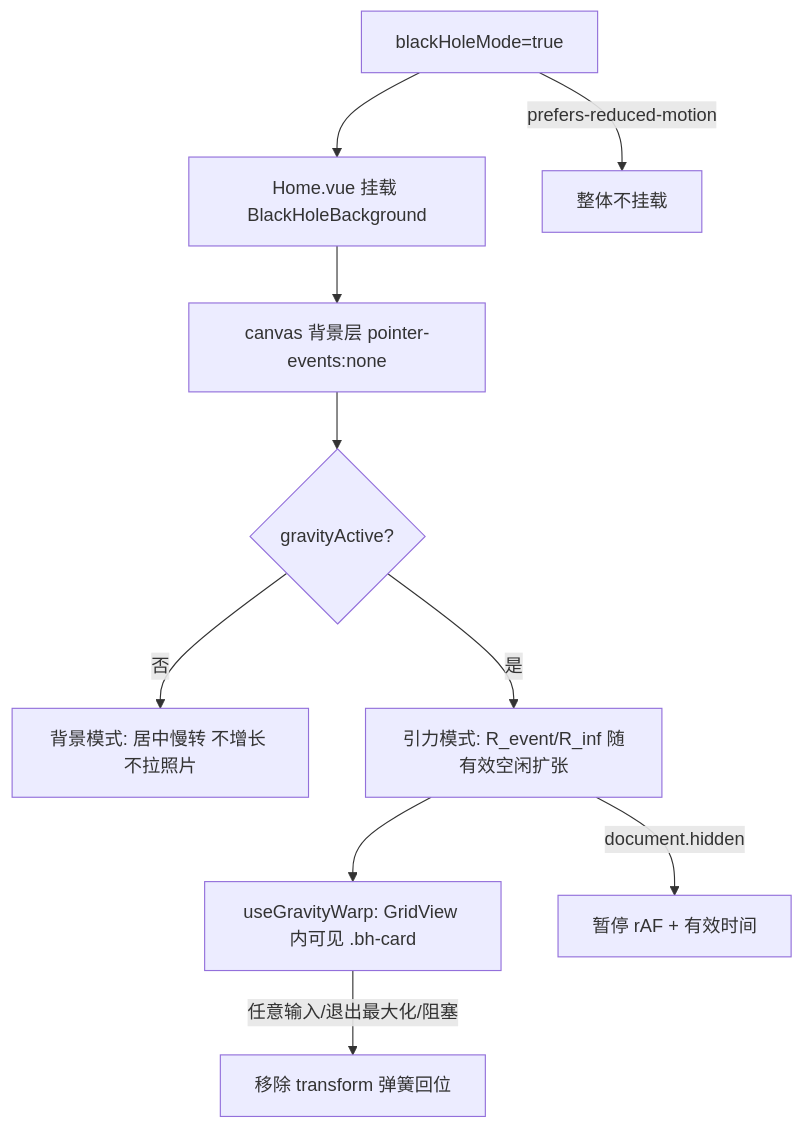
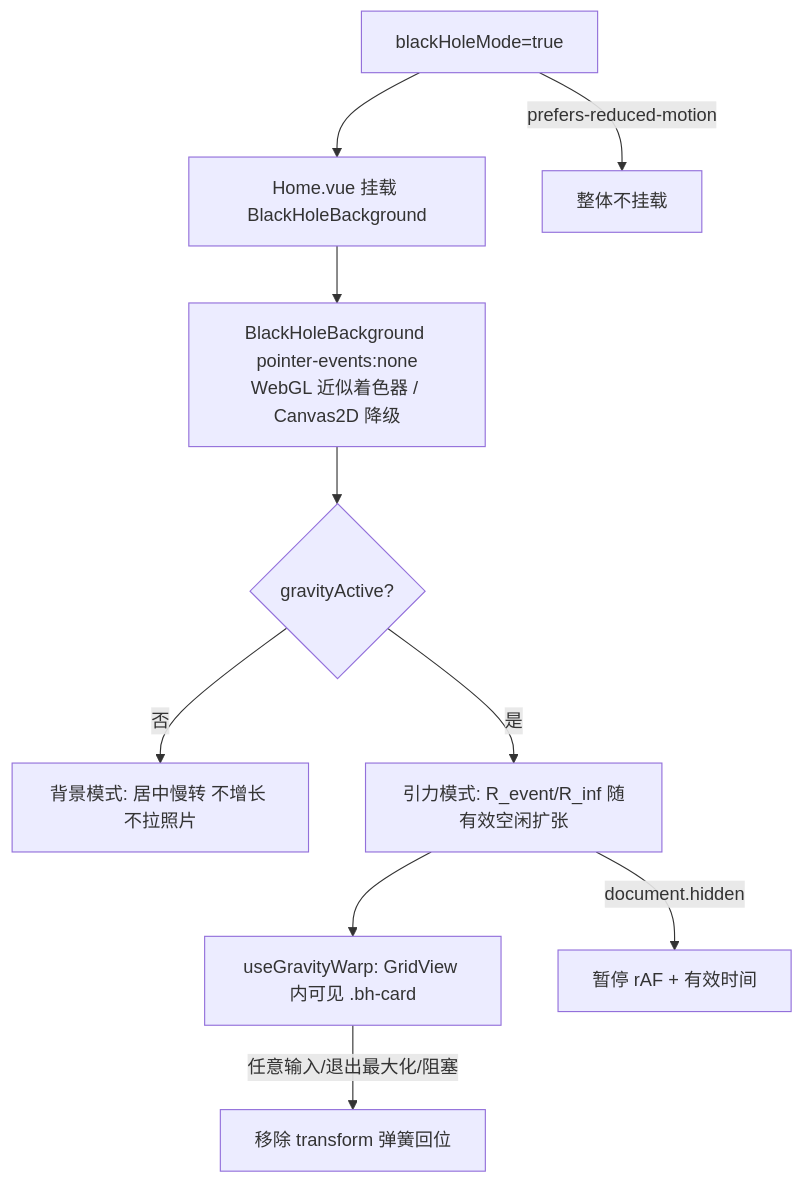
Before and after one commit to big2cater/picaipic: the diagram in docs/guide/black-hole-idle-theme-design.md, drawn with Mermaid. The commit also changed other lines of this file, not shown here.

Commit message:
docs(black-hole): adopt WebGL analytical shader + Canvas2D fallback

````diff
--- a/docs/guide/black-hole-idle-theme-design.md
+++ b/docs/guide/black-hole-idle-theme-design.md
@@ -45,12 +51,12 @@
 ```mermaid
 graph TD
     O[blackHoleMode=true] --> H[Home.vue 挂载 BlackHoleBackground]
-    H --> B[canvas 背景层 pointer-events:none]
+    H --> B[BlackHoleBackground pointer-events:none<br/>WebGL 近似着色器 / Canvas2D 降级]
     B --> G{gravityActive?}
     G -->|否| BG[背景模式: 居中慢转 不增长 不拉照片]
     G -->|是| ACT[引力模式: R_event/R_inf 随有效空闲扩张]
     ACT --> W[useGravityWarp: GridView 内可见 .bh-card]
     W -->|任意输入/退出最大化/阻塞| R[移除 transform 弹簧回位]
     ACT -->|document.hidden| P[暂停 rAF + 有效时间]
     O -->|prefers-reduced-motion| X[整体不挂载]
 ```
````
